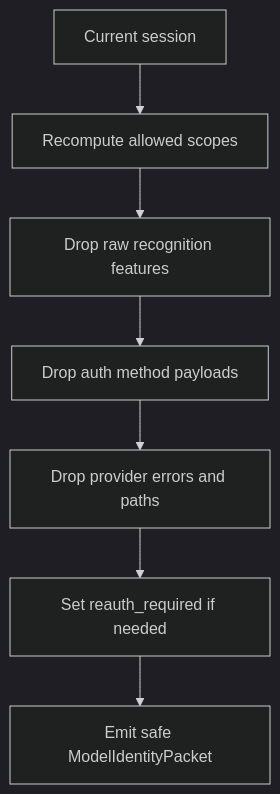
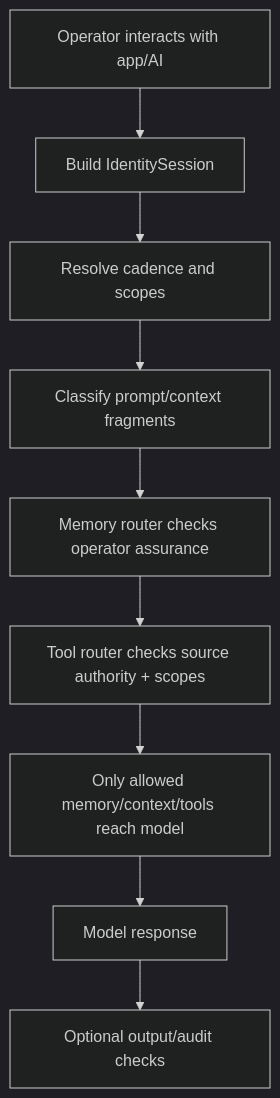
The fifth of 5 diagrams in docs/plans/IDENTITY_GATE_BUILD_PLAN.md (AegisAgentAscalon/Aegis-Core), drawn with Mermaid (dark theme) before and after one commit. The commit also changed other lines of this file, not shown here.

Commit message:
docs: integrate operator cadence and prompt provenance into Identity Gate plan

````diff
--- a/docs/plans/IDENTITY_GATE_BUILD_PLAN.md
+++ b/docs/plans/IDENTITY_GATE_BUILD_PLAN.md
@@ -397,9 +645,11 @@
 ```mermaid
 flowchart TD
-    A[Current session] --> B[Recompute allowed scopes]
-    B --> C[Drop raw recognition features]
-    C --> D[Drop auth method payloads]
-    D --> E[Drop provider errors and paths]
-    E --> F[Set reauth_required if needed]
-    F --> G[Emit safe ModelIdentityPacket]
+    A[Operator interacts with app/AI] --> B[Build IdentitySession]
+    B --> C[Resolve cadence and scopes]
+    C --> D[Classify prompt/context fragments]
+    D --> E[Memory router checks operator assurance]
+    E --> F[Tool router checks source authority + scopes]
+    F --> G[Only allowed memory/context/tools reach model]
+    G --> H[Model response]
+    H --> I[Optional output/audit checks]
 ```
````
